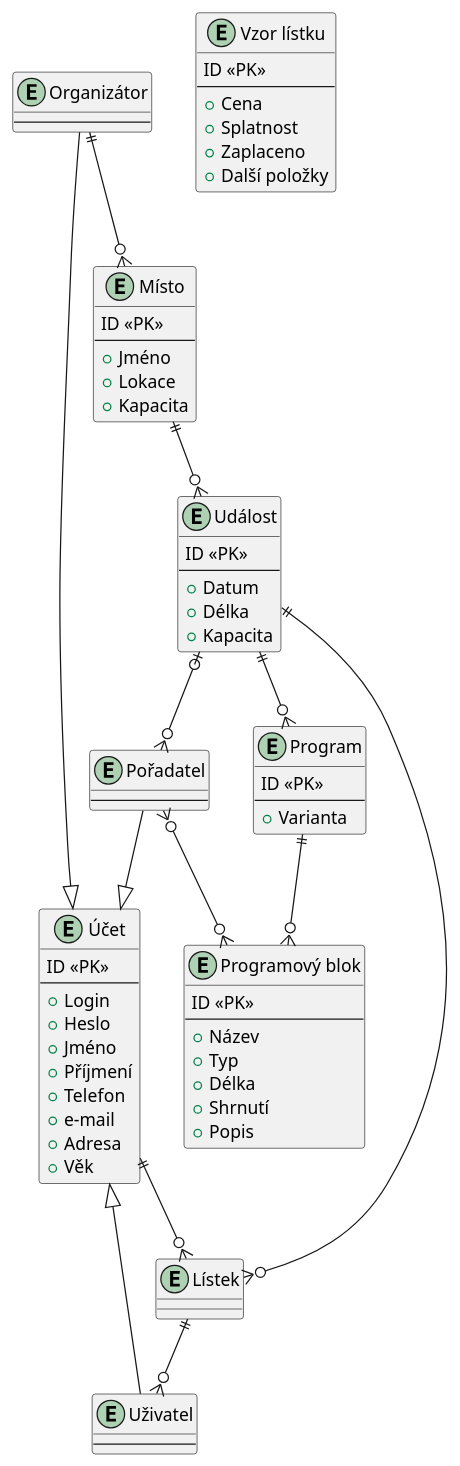
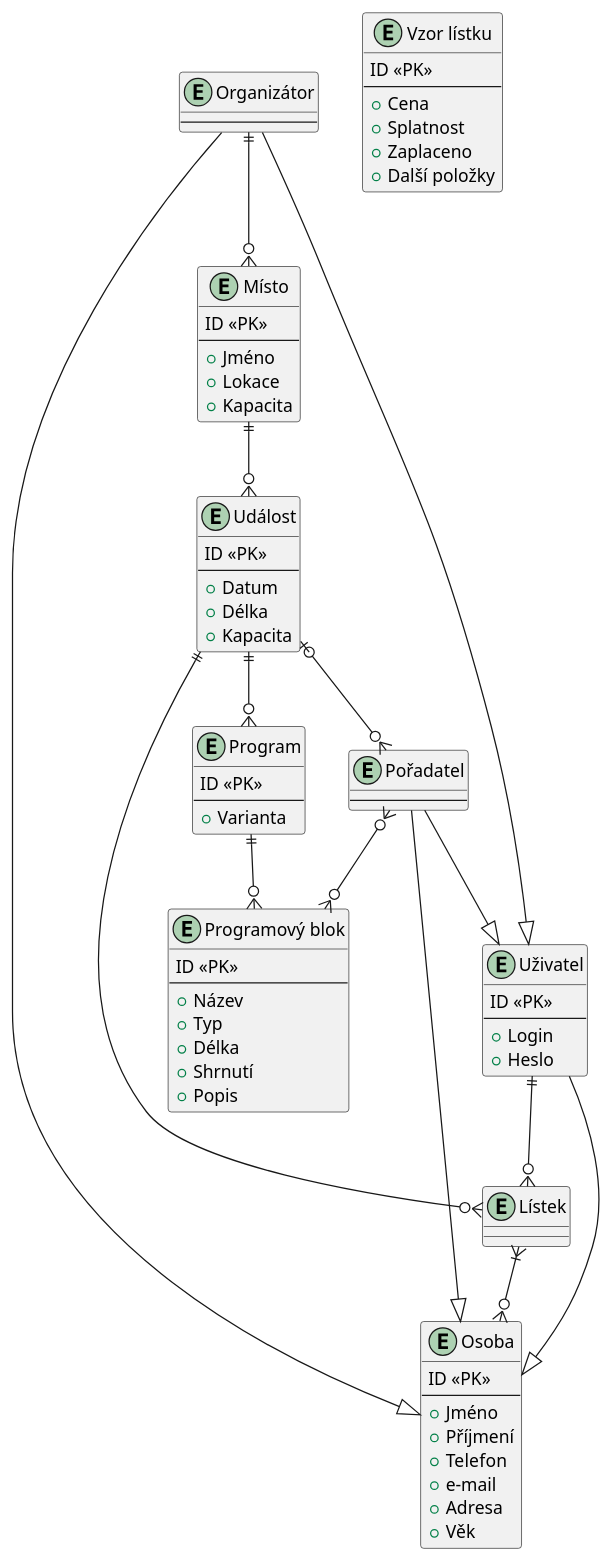
One commit to stahlgit/fit_iis_project changed the diagram in docs/er.puml. Above: the diagram before and after it, drawn with PlantUML.

Commit message:
feat: updated er

```diff
--- a/docs/er.puml
+++ b/docs/er.puml
@@ -1,88 +1,91 @@
 @startuml erd
 
-entity "Účet" as ucet {
+entity "Osoba" as osoba {
 	ID <<PK>>
 	---
-	+ Login
-	+ Heslo
 	+ Jméno
 	+ Příjmení
 	+ Telefon
 	+ e-mail
 	+ Adresa
 	+ Věk
 }
 
 entity "Organizátor" as org{
 	---
 }
 
 entity "Pořadatel" as poradatel {
 	---
 }
 
 entity "Uživatel" as uzivatel {
+	ID <<PK>>
 	---
+	+ Login
+	+ Heslo
 }
 
 entity "Místo" as misto {
 	ID <<PK>>
 	---
 	+ Jméno
 	+ Lokace
 	+ Kapacita
 }
 
 entity "Událost" as udalost {
 	ID <<PK>>
 	---
 	+ Datum
 	+ Délka
 	+ Kapacita
 }
 
 entity "Program" as prog {
 	ID <<PK>>
 	---
 	+ Varianta
 }
 
 entity "Programový blok" as progblok {
 	ID <<PK>>
 	---
 	+ Název
 	+ Typ
 	+ Délka
 	+ Shrnutí
 	+ Popis
 }
 
 entity "Lístek" as listek {
 }
 
 entity "Vzor lístku" {
 	ID <<PK>>
 	---
 	+ Cena
 	+ Splatnost
 	+ Zaplaceno
 	+ Další položky
 }
 
 org ||--o{ misto
 misto ||--o{ udalost
 udalost ||--o{ prog
 prog ||--o{ progblok
-ucet ||--o{ listek
+uzivatel ||--o{ listek
 udalost ||--o{ listek
 udalost |o--o{ poradatel
 
-listek ||--o{ uzivatel
+listek }|--o{ osoba
 poradatel }o--o{ progblok
 
 ' generalizace
-org --|> ucet
-poradatel --|> ucet
-uzivatel --|> ucet
+org --|> uzivatel
+poradatel --|> uzivatel
+org --|> osoba
+poradatel --|> osoba
+uzivatel --|> osoba
 
 @enduml
```
